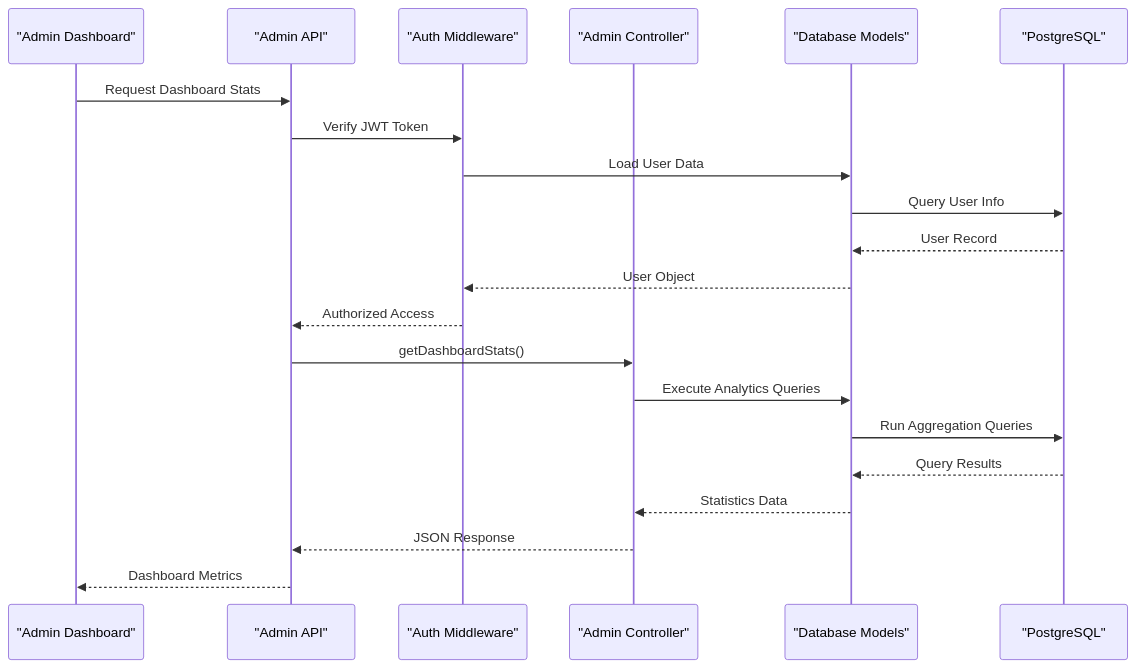
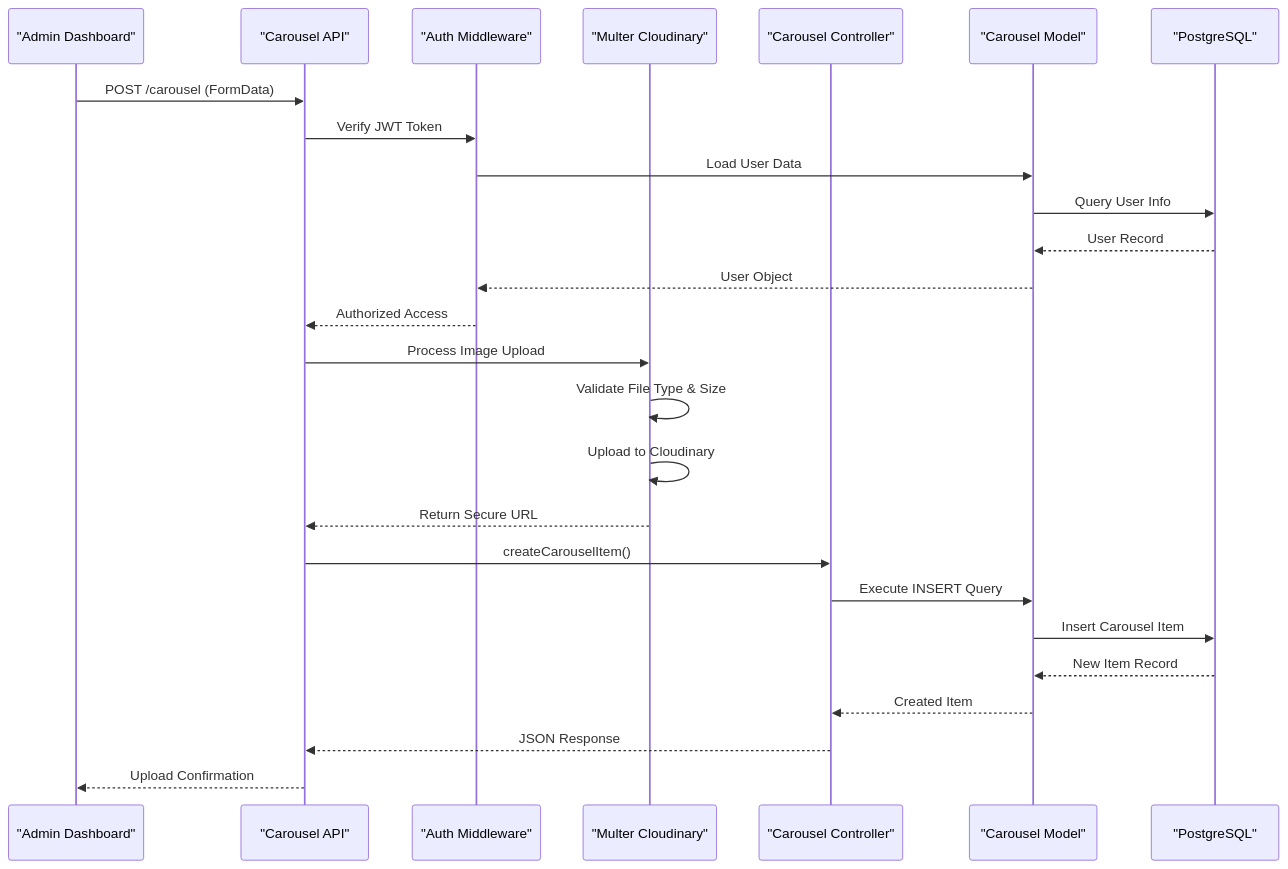
Before and after one commit to Alexandrexicara/craque-vision: the second of 10 diagrams in .qoder/repowiki/en/content/Backend API Documentation/Administrative Features.md, drawn with Mermaid. The commit also changed other lines of this file and 5 other files, not shown here.

````diff
--- a/.qoder/repowiki/en/content/Backend API Documentation/Administrative Features.md
+++ b/.qoder/repowiki/en/content/Backend API Documentation/Administrative Features.md
@@ -119,23 +140,28 @@
 ```mermaid
 sequenceDiagram
 participant Admin as "Admin Dashboard"
-participant API as "Admin API"
+participant API as "Carousel API"
 participant Auth as "Auth Middleware"
-participant Controller as "Admin Controller"
-participant Model as "Database Models"
+participant Upload as "Multer Cloudinary"
+participant Controller as "Carousel Controller"
+participant Model as "Carousel Model"
 participant DB as "PostgreSQL"
-Admin->>API : Request Dashboard Stats
+Admin->>API : POST /carousel (FormData)
 API->>Auth : Verify JWT Token
 Auth->>Model : Load User Data
 Model->>DB : Query User Info
 DB-->>Model : User Record
 Model-->>Auth : User Object
 Auth-->>API : Authorized Access
-API->>Controller : getDashboardStats()
-Controller->>Model : Execute Analytics Queries
-Model->>DB : Run Aggregation Queries
-DB-->>Model : Query Results
-Model-->>Controller : Statistics Data
+API->>Upload : Process Image Upload
+Upload->>Upload : Validate File Type & Size
+Upload->>Upload : Upload to Cloudinary
+Upload-->>API : Return Secure URL
+API->>Controller : createCarouselItem()
+Controller->>Model : Execute INSERT Query
+Model->>DB : Insert Carousel Item
+DB-->>Model : New Item Record
+Model-->>Controller : Created Item
 Controller-->>API : JSON Response
-API-->>Admin : Dashboard Metrics
+API-->>Admin : Upload Confirmation
 ```
````
